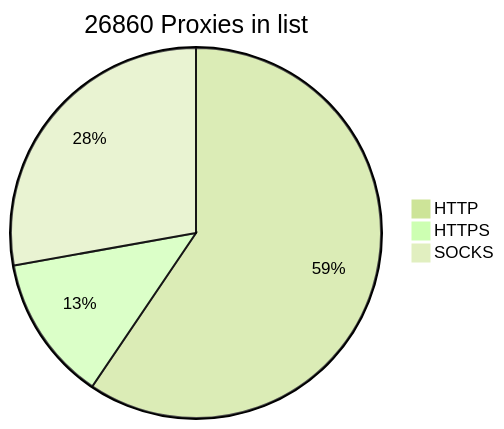
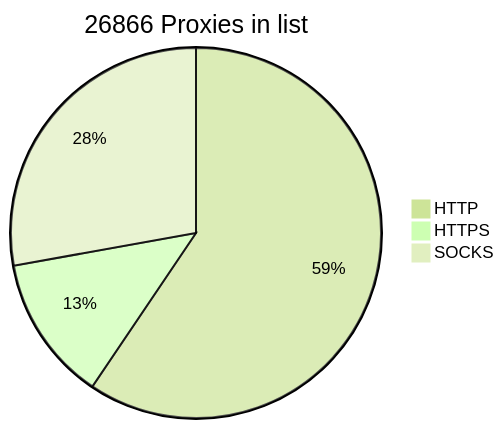
One commit to BlackSnowDot/proxylist-update-every-minute changed the diagram in README.md. Above: the diagram before and after it, drawn with Mermaid (forest theme).

````diff
--- a/README.md
+++ b/README.md
@@ -2,6 +2,6 @@
 ```mermaid
-pie title 26860 Proxies in list
+pie title 26866 Proxies in list
     "HTTP" : 17570
     "HTTPS": 3761
-    "SOCKS" : 8218
+    "SOCKS" : 8224
 ```
````
